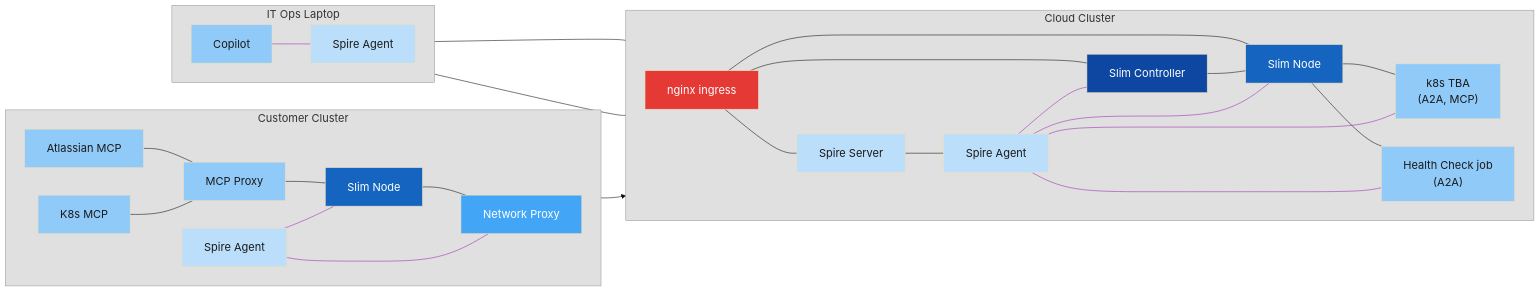
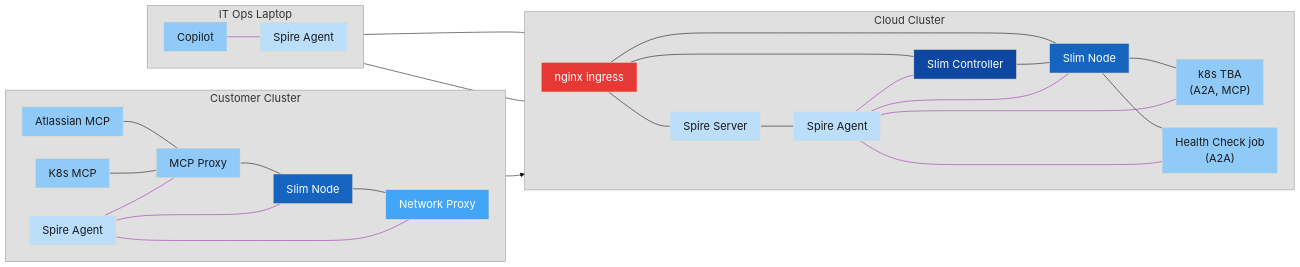
The seventh of 7 diagrams in presentations/slim-multicluster-demo/slim-multicluster-demo.md (agntcy/blogs), drawn with Mermaid before and after one commit. The commit also changed other lines of this file, not shown here.

````diff
--- a/presentations/slim-multicluster-demo/slim-multicluster-demo.md
+++ b/presentations/slim-multicluster-demo/slim-multicluster-demo.md
@@ -358,66 +354,68 @@
 ```mermaid
-%%{init: {'theme': 'base', 'themeVariables': {'fontSize': '20px'}, 'flowchart': {'nodeSpacing': 50, 'rankSpacing': 45, 'padding': 20}}}%%
+%%{init: {'theme': 'base', 'themeVariables': {'fontSize': '20px'}, 'flowchart': {'nodeSpacing': 40, 'rankSpacing': 35, 'padding': 12}}}%%
 graph LR
     subgraph Customer[Customer Cluster]
         direction LR
         AMCP[Atlassian MCP] --- MP1[MCP Proxy]
         KMCP[K8s MCP] --- MP1
         MP1 --- CSN[Slim Node]
         CSN --- NP[Network Proxy]
         CSA[Spire Agent] --- CSN
         CSA --- NP
+        CSA --- MP1
     end
 
     subgraph Laptop[IT Ops Laptop]
         direction LR
         Copilot[Copilot]
         LSA[Spire Agent]
         Copilot --- LSA
     end
 
     subgraph Cloud[Cloud Cluster]
         direction LR
         Ingress[nginx ingress] --- SN[Slim Node]
+        Ingress --- SS[Spire Server]
         Ingress --- SC[Slim Controller]
         SC --- SN
-        Ingress --- SS[Spire Server]
         SN --- K8S["k8s TBA\n(A2A, MCP)"]
         SN --- HCJ["Health Check job\n(A2A)"]
         SS --- SA[Spire Agent]
         SA --- SC
         SA --- SN
         SA --- K8S
         SA --- HCJ
     end
 
     NP --> Ingress
     Copilot --- Ingress
     LSA --- Ingress
 
     linkStyle 4 stroke:#9C27B0
     linkStyle 5 stroke:#9C27B0
     linkStyle 6 stroke:#9C27B0
-    linkStyle 14 stroke:#9C27B0
+    linkStyle 7 stroke:#9C27B0
     linkStyle 15 stroke:#9C27B0
     linkStyle 16 stroke:#9C27B0
     linkStyle 17 stroke:#9C27B0
+    linkStyle 18 stroke:#9C27B0
 
     style Customer fill:#e0e0e0,stroke:#999,color:#333
     style Cloud fill:#e0e0e0,stroke:#999,color:#333
     style Laptop fill:#e0e0e0,stroke:#999,color:#333
     style NP fill:#42A5F5,color:#fff
     style Ingress fill:#E53935,color:#fff
     style SC fill:#0D47A1,color:#fff
     style SN fill:#1565C0,color:#fff
     style K8S fill:#90CAF9,color:#1a1a1a
     style HCJ fill:#90CAF9,color:#1a1a1a
     style SS fill:#BBDEFB,color:#1a1a1a
     style SA fill:#BBDEFB,color:#1a1a1a
     style AMCP fill:#90CAF9,color:#1a1a1a
     style KMCP fill:#90CAF9,color:#1a1a1a
     style MP1 fill:#90CAF9,color:#1a1a1a
     style CSN fill:#1565C0,color:#fff
     style CSA fill:#BBDEFB,color:#1a1a1a
     style Copilot fill:#90CAF9,color:#1a1a1a
     style LSA fill:#BBDEFB,color:#1a1a1a
 ```
````
